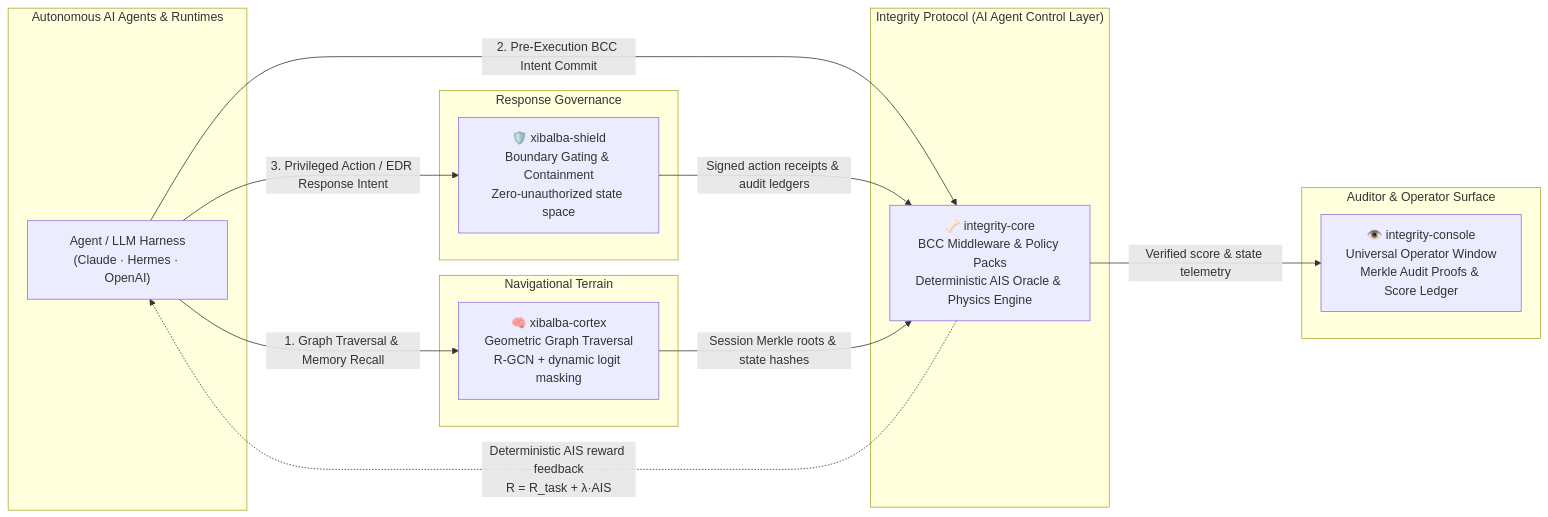
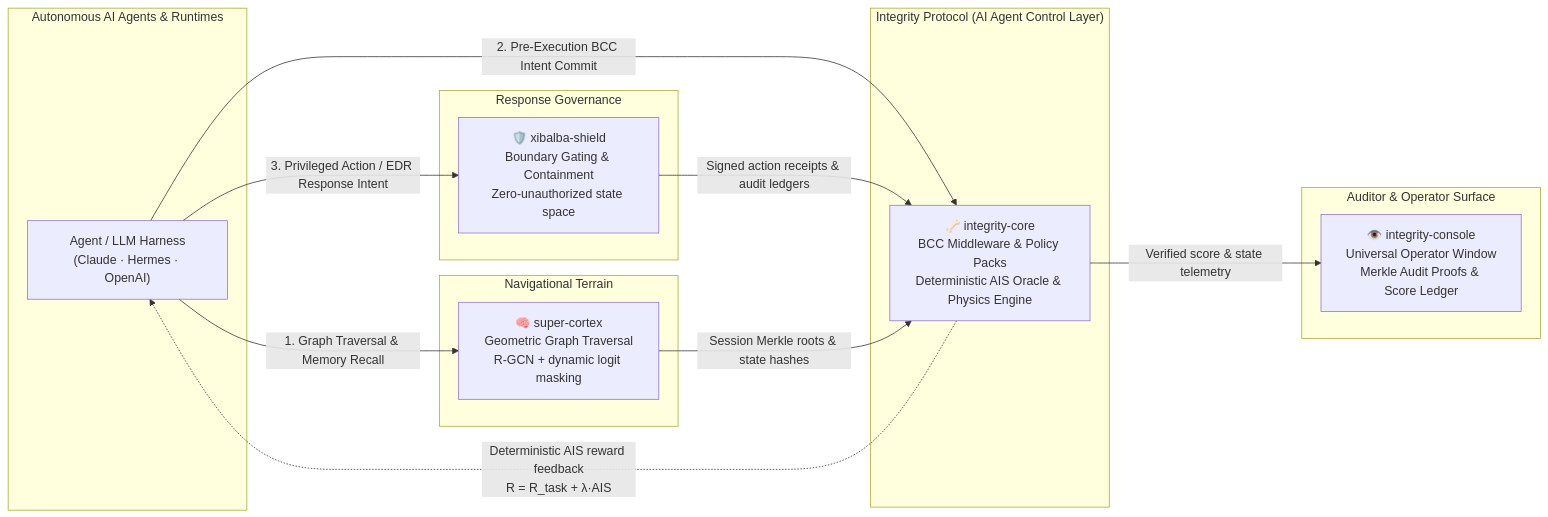
One commit to XibalbaTechSol/integrity-core changed the diagram in docs/wiki/architecture/ecosystem-dependencies.md. Above: the diagram before and after it, drawn with Mermaid. The commit also changed other lines of this file and 15 other files, not shown here.

Commit message:
docs: update ecosystem documentation to reference super-cortex instead of xibalba-cortex (#243)

````diff
--- a/docs/wiki/architecture/ecosystem-dependencies.md
+++ b/docs/wiki/architecture/ecosystem-dependencies.md
@@ -44,30 +44,30 @@
 ```mermaid
 flowchart LR
     subgraph Agents["Autonomous AI Agents & Runtimes"]
         A["Agent / LLM Harness<br/>(Claude · Hermes · OpenAI)"]
     end
 
     subgraph Nav["Navigational Terrain"]
-        C["🧠 xibalba-cortex<br/>Geometric Graph Traversal<br/>R-GCN + dynamic logit masking"]
+        C["🧠 super-cortex<br/>Geometric Graph Traversal<br/>R-GCN + dynamic logit masking"]
     end
 
     subgraph Gate["Response Governance"]
         S["🛡️ xibalba-shield<br/>Boundary Gating & Containment<br/>Zero-unauthorized state space"]
     end
 
     subgraph Core["Integrity Protocol (AI Agent Control Layer)"]
         P["🦴 integrity-core<br/>BCC Middleware & Policy Packs<br/>Deterministic AIS Oracle & Physics Engine"]
     end
 
     subgraph Console["Auditor & Operator Surface"]
         O["👁️ integrity-console<br/>Universal Operator Window<br/>Merkle Audit Proofs & Score Ledger"]
     end
 
     A -->|"1. Graph Traversal & Memory Recall"| C
     A -->|"2. Pre-Execution BCC Intent Commit"| P
     A -->|"3. Privileged Action / EDR Response Intent"| S
     S -->|"Signed action receipts & audit ledgers"| P
     C -->|"Session Merkle roots & state hashes"| P
     P -.->|"Deterministic AIS reward feedback<br/>R = R_task + λ·AIS"| A
     P -->|"Verified score & state telemetry"| O
 ```
````
